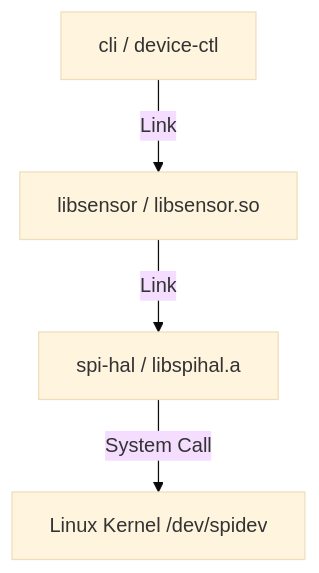
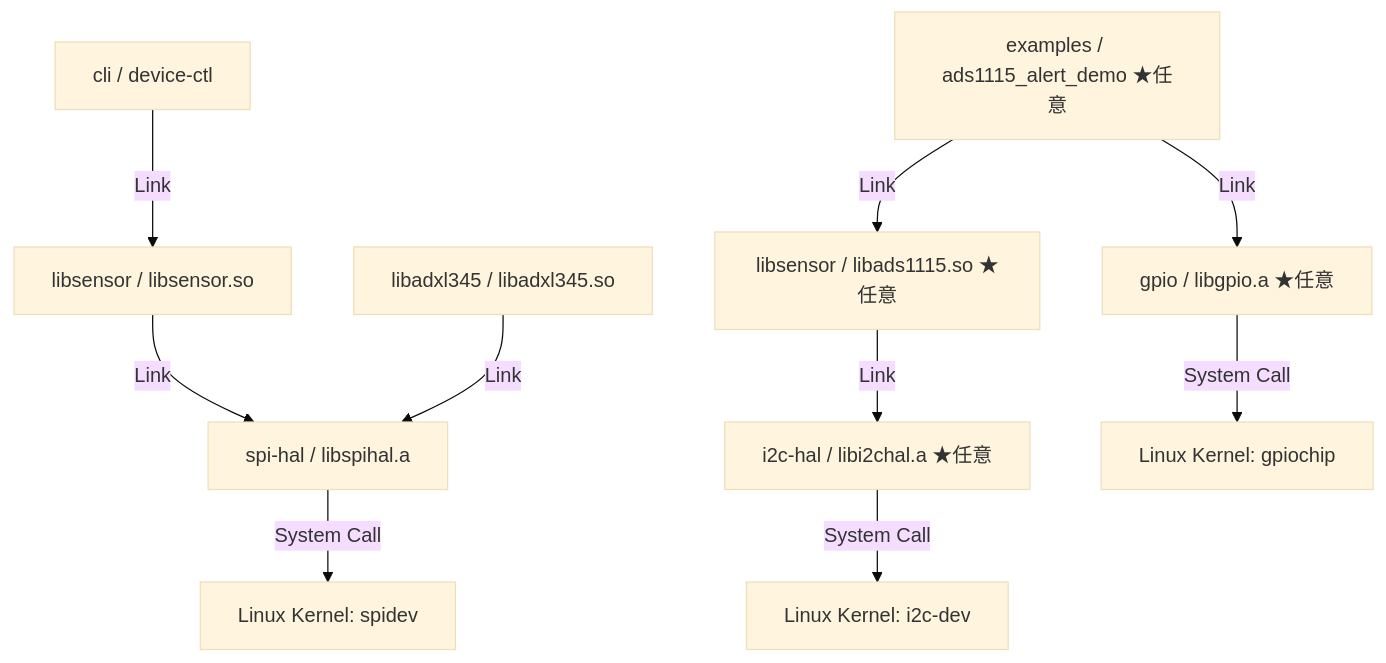
Before and after one commit to asiball/private-test-cpp-project: the first of 2 diagrams in docs/guides/tooling/build-guide.md, drawn with Mermaid (base theme). The commit also changed other lines of this file and 29 other files, not shown here.

````diff
--- a/docs/guides/tooling/build-guide.md
+++ b/docs/guides/tooling/build-guide.md
@@ -13,6 +15,12 @@
 ```mermaid
 graph TD
-    CLI[cli / device-ctl] -->|Link| LS[libsensor / libsensor.so]
-    LS -->|Link| SH[spi-hal / libspihal.a]
-    SH -->|System Call| Kernel[Linux Kernel /dev/spidev]
+    CLI["cli / device-ctl"] -->|Link| LS["libsensor / libsensor.so"]
+    DEMO["examples / ads1115_alert_demo ★任意"] -->|Link| ADS["libsensor / libads1115.so ★任意"]
+    DEMO -->|Link| GP["gpio / libgpio.a ★任意"]
+    LS -->|Link| SH["spi-hal / libspihal.a"]
+    ADX["libadxl345 / libadxl345.so"] -->|Link| SH
+    ADS -->|Link| I2C["i2c-hal / libi2chal.a ★任意"]
+    SH -->|System Call| KSPI["Linux Kernel: spidev"]
+    I2C -->|System Call| KI2C["Linux Kernel: i2c-dev"]
+    GP -->|System Call| KGP["Linux Kernel: gpiochip"]
 ```
````
